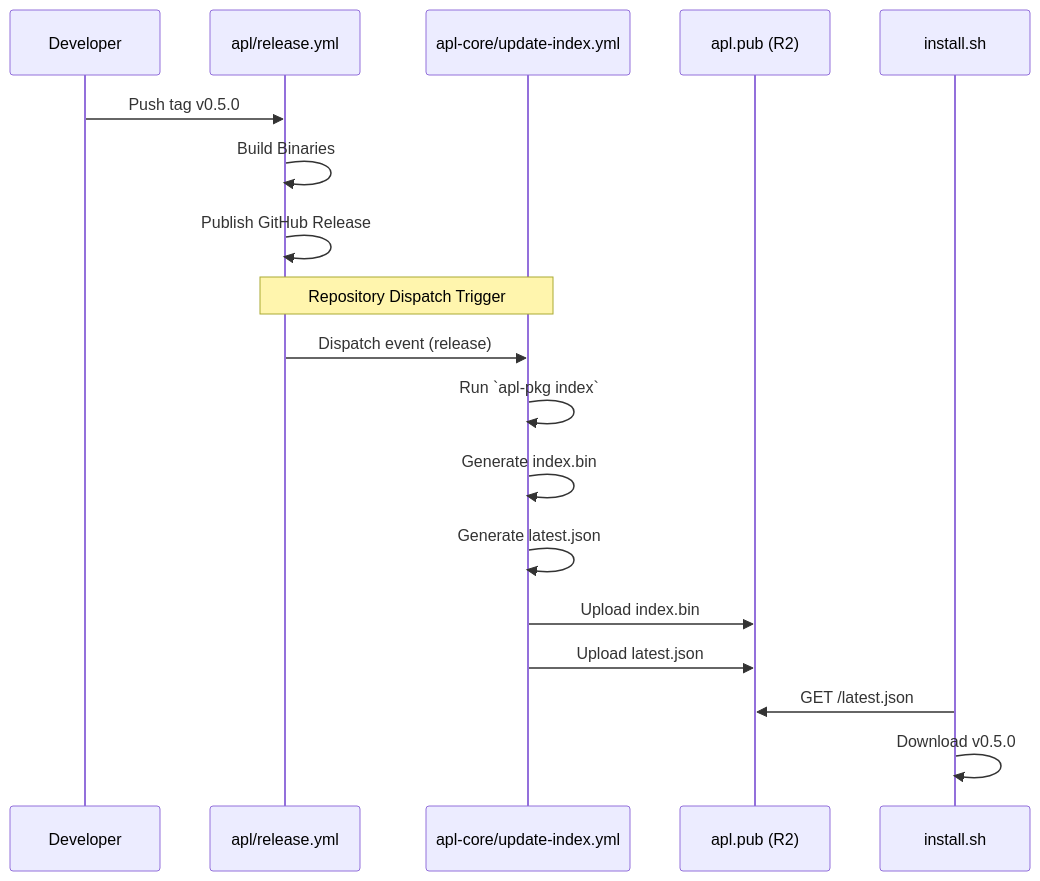
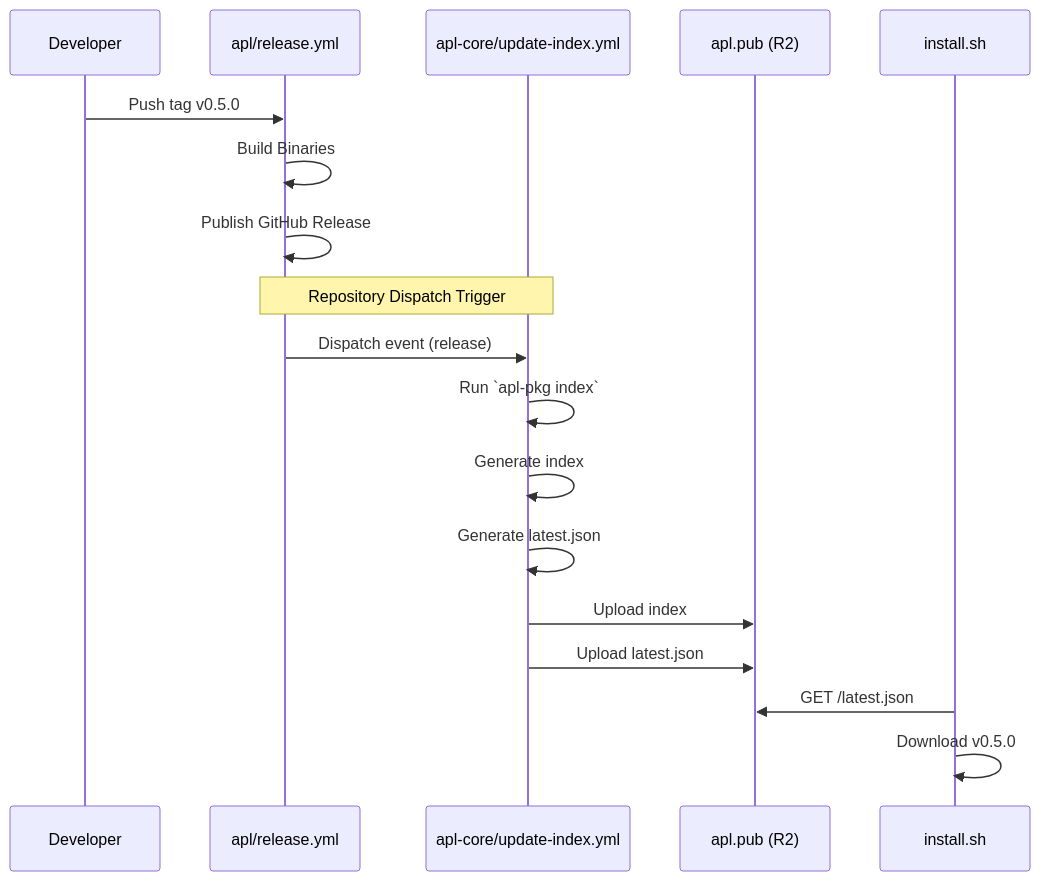
One commit to jpmacdonald/apl changed the diagram in docs/architecture.md. Above: the diagram before and after it, drawn with Mermaid.

Commit message:
docs: fix index filename in architecture diagram

````diff
--- a/docs/architecture.md
+++ b/docs/architecture.md
@@ -311,25 +311,25 @@
 ```mermaid
 sequenceDiagram
     participant Dev as Developer
     participant Release as apl/release.yml
     participant Registry as apl-core/update-index.yml
     participant CDN as apl.pub (R2)
     participant User as install.sh
 
     Dev->>Release: Push tag v0.5.0
     Release->>Release: Build Binaries
     Release->>Release: Publish GitHub Release
     
     note over Release, Registry: Repository Dispatch Trigger
     Release->>Registry: Dispatch event (release)
     
     Registry->>Registry: Run `apl-pkg index`
-    Registry->>Registry: Generate index.bin
+    Registry->>Registry: Generate index
     Registry->>Registry: Generate latest.json
     
-    Registry->>CDN: Upload index.bin
+    Registry->>CDN: Upload index
     Registry->>CDN: Upload latest.json
     
     User->>CDN: GET /latest.json
     User->>User: Download v0.5.0
 ```
````
